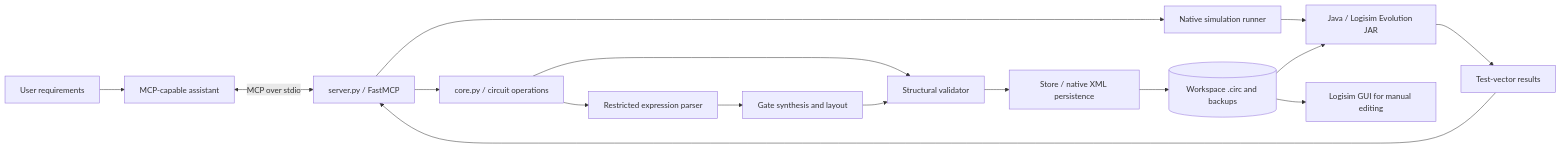
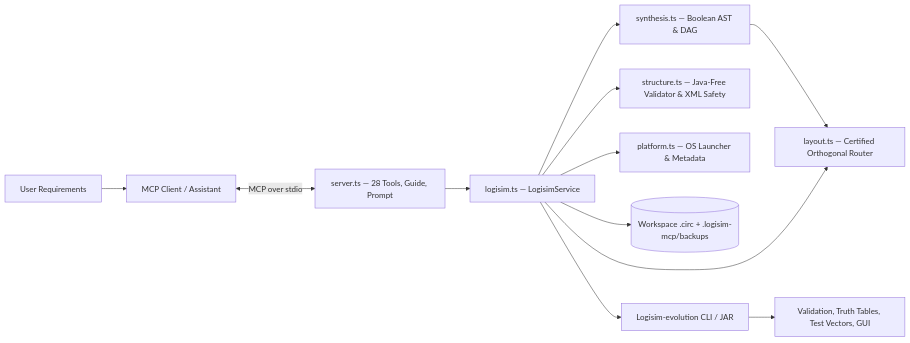
The diagram in README.md (Irfan-1506/logisim_mcp), drawn with Mermaid before and after one commit. The commit also changed other lines of this file and 37 other files, not shown here.

Commit message:
Unify Logisim-Evolution-MCP-Server and logisim_mcp with cross-platform support

````diff
--- a/README.md
+++ b/README.md
@@ -176,18 +139,14 @@
 ```mermaid
 flowchart LR
-    U[User requirements] --> A[MCP-capable assistant]
-    A <-->|MCP over stdio| S[server.py / FastMCP]
-    S --> C[core.py / circuit operations]
-    C --> P[Restricted expression parser]
-    P --> G[Gate synthesis and layout]
-    C --> V[Structural validator]
-    G --> V
-    V --> F[Store / native XML persistence]
-    F --> D[(Workspace .circ and backups)]
-    S --> R[Native simulation runner]
-    R --> J[Java / Logisim Evolution JAR]
-    D --> J
-    J --> T[Test-vector results]
-    T --> S
-    D --> E[Logisim GUI for manual editing]
+    U[User Requirements] --> A[MCP Client / Assistant]
+    A <-->|MCP over stdio| S[server.ts — 28 Tools, Guide, Prompt]
+    S --> L[logisim.ts — LogisimService]
+    L --> SY[synthesis.ts — Boolean AST & DAG]
+    SY --> LA[layout.ts — Certified Orthogonal Router]
+    L --> LA
+    L --> ST[structure.ts — Java-Free Validator & XML Safety]
+    L --> PL[platform.ts — OS Launcher & Metadata]
+    L --> FS[(Workspace .circ + .logisim-mcp/backups)]
+    L --> CLI[Logisim-evolution CLI / JAR]
+    CLI --> SIM[Validation, Truth Tables, Test Vectors, GUI]
 ```
````
